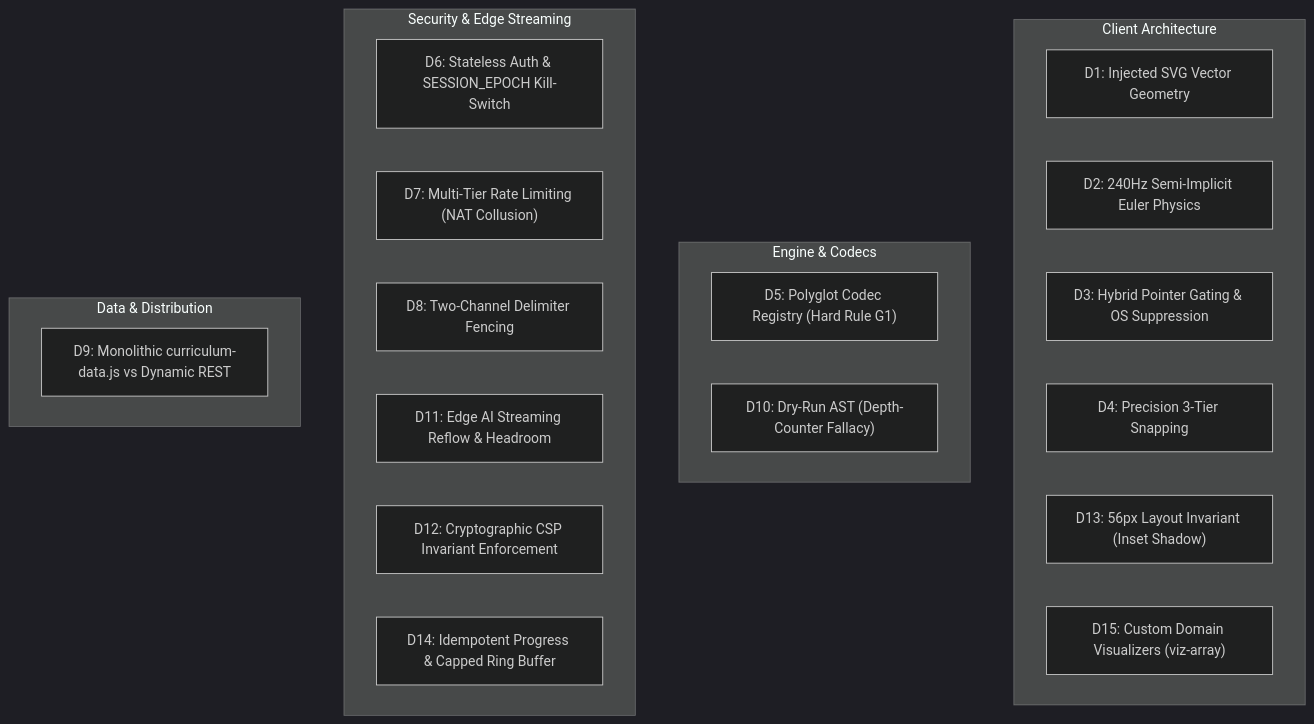
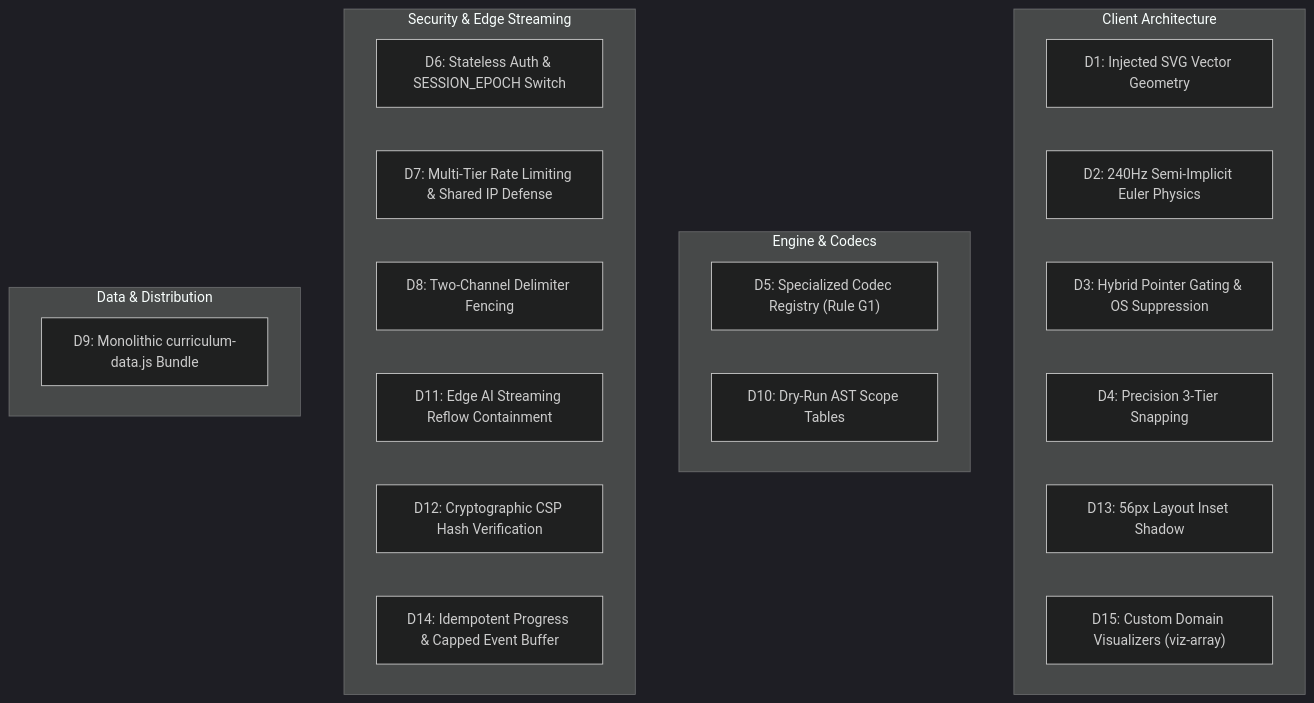
One commit to mjzd7/leetcode-top-interview-150-javascript changed the second of 3 diagrams in docs/PROJECT_ARCHITECTURE_AND_DECISIONS.md. Above: the diagram before and after it, drawn with Mermaid (dark theme). The commit also changed other lines of this file and 14 other files, not shown here.

Commit message:
feat(arch): humanize architecture suite and achieve full nav & chat parity

````diff
--- a/docs/PROJECT_ARCHITECTURE_AND_DECISIONS.md
+++ b/docs/PROJECT_ARCHITECTURE_AND_DECISIONS.md
@@ -200,29 +162,29 @@
 ```mermaid
 graph TD
   subgraph ClientDecisions ["Client Architecture"]
     D1["D1: Injected SVG Vector Geometry"]
     D2["D2: 240Hz Semi-Implicit Euler Physics"]
     D3["D3: Hybrid Pointer Gating & OS Suppression"]
     D4["D4: Precision 3-Tier Snapping"]
-    D13["D13: 56px Layout Invariant (Inset Shadow)"]
+    D13["D13: 56px Layout Inset Shadow"]
     D15["D15: Custom Domain Visualizers (viz-array)"]
   end
 
   subgraph EngineDecisions ["Engine & Codecs"]
-    D5["D5: Polyglot Codec Registry (Hard Rule G1)"]
-    D10["D10: Dry-Run AST (Depth-Counter Fallacy)"]
+    D5["D5: Specialized Codec Registry (Rule G1)"]
+    D10["D10: Dry-Run AST Scope Tables"]
   end
 
   subgraph SecurityDecisions ["Security & Edge Streaming"]
-    D6["D6: Stateless Auth & SESSION_EPOCH Kill-Switch"]
-    D7["D7: Multi-Tier Rate Limiting (NAT Collusion)"]
+    D6["D6: Stateless Auth & SESSION_EPOCH Switch"]
+    D7["D7: Multi-Tier Rate Limiting & Shared IP Defense"]
     D8["D8: Two-Channel Delimiter Fencing"]
-    D11["D11: Edge AI Streaming Reflow & Headroom"]
-    D12["D12: Cryptographic CSP Invariant Enforcement"]
-    D14["D14: Idempotent Progress & Capped Ring Buffer"]
+    D11["D11: Edge AI Streaming Reflow Containment"]
+    D12["D12: Cryptographic CSP Hash Verification"]
+    D14["D14: Idempotent Progress & Capped Event Buffer"]
   end
 
   subgraph DataDecisions ["Data & Distribution"]
-    D9["D9: Monolithic curriculum-data.js vs Dynamic REST"]
+    D9["D9: Monolithic curriculum-data.js Bundle"]
   end
 ```
````
